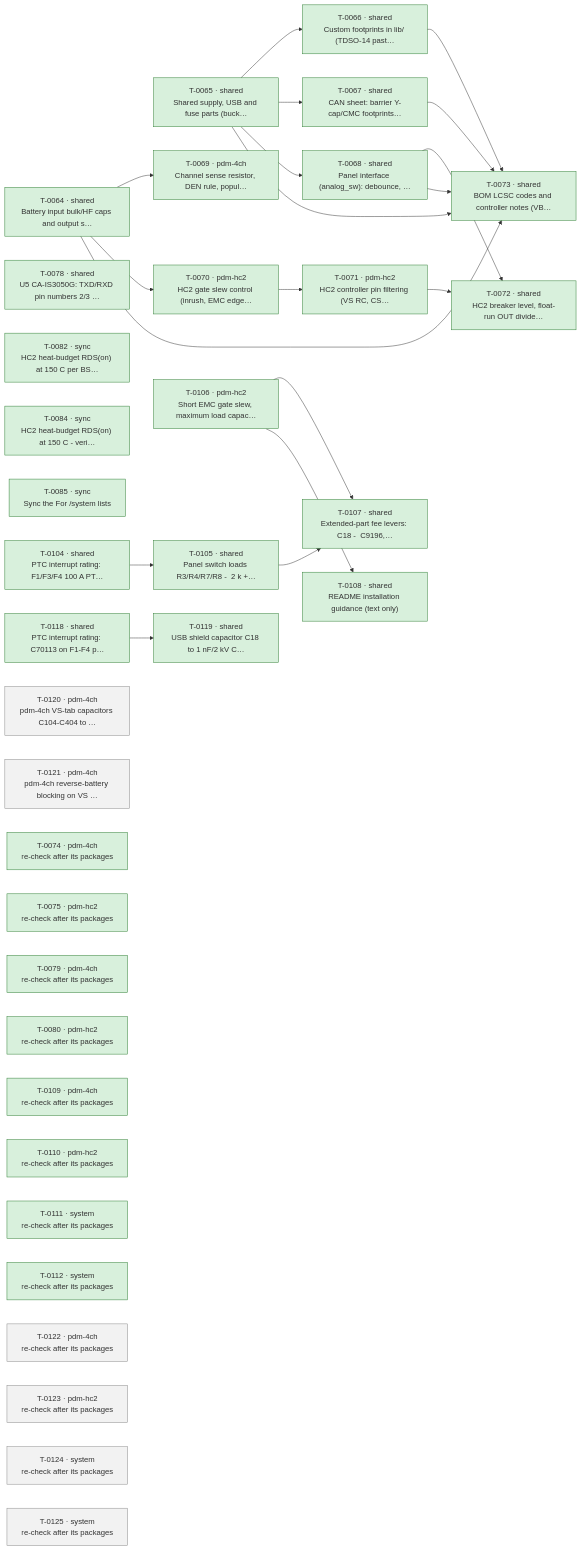
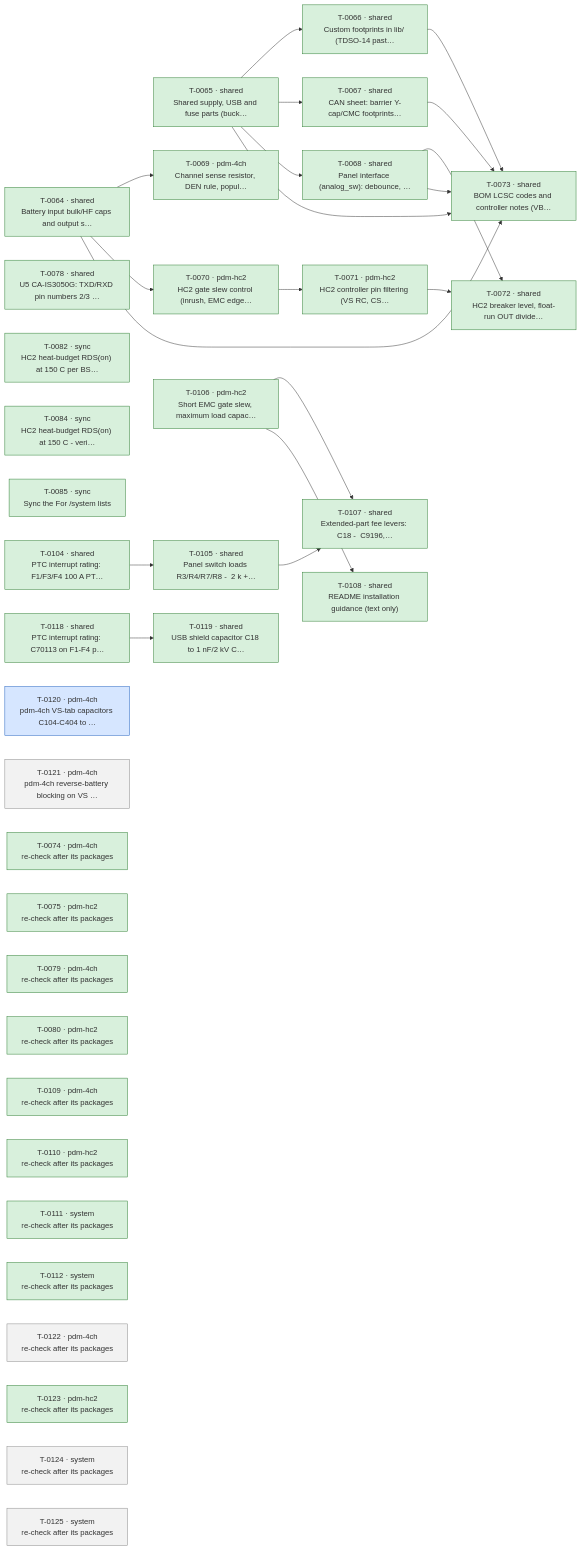
Before and after one commit to plektra/ESP32-PDM: the diagram in docs/ROADMAP.md, drawn with Mermaid. The commit also changed other lines of this file and 2 other files, not shown here.

First line of the commit message:
Auto: validator pdm-hc2 (T-0123): 0 decided by agents, 0 for the owner, 0 duplicates

````diff
--- a/docs/ROADMAP.md
+++ b/docs/ROADMAP.md
@@ -18,60 +18,60 @@
 ```mermaid
 flowchart LR
   T0064["T-0064 · shared<br/>Battery input bulk/HF caps and output s…"]:::done
   T0065["T-0065 · shared<br/>Shared supply, USB and fuse parts (buck…"]:::done
   T0066["T-0066 · shared<br/>Custom footprints in lib/ (TDSO-14 past…"]:::done
   T0067["T-0067 · shared<br/>CAN sheet: barrier Y-cap/CMC footprints…"]:::done
   T0068["T-0068 · shared<br/>Panel interface (analog_sw): debounce, …"]:::done
   T0069["T-0069 · pdm-4ch<br/>Channel sense resistor, DEN rule, popul…"]:::done
   T0070["T-0070 · pdm-hc2<br/>HC2 gate slew control (inrush, EMC edge…"]:::done
   T0071["T-0071 · pdm-hc2<br/>HC2 controller pin filtering (VS RC, CS…"]:::done
   T0072["T-0072 · shared<br/>HC2 breaker level, float-run OUT divide…"]:::done
   T0073["T-0073 · shared<br/>BOM LCSC codes and controller notes (VB…"]:::done
   T0078["T-0078 · shared<br/>U5 CA-IS3050G: TXD/RXD pin numbers 2/3 …"]:::done
   T0082["T-0082 · sync<br/>HC2 heat-budget RDS(on) at 150 C per BS…"]:::done
   T0084["T-0084 · sync<br/>HC2 heat-budget RDS(on) at 150 C - veri…"]:::done
   T0085["T-0085 · sync<br/>Sync the  For /system  lists"]:::done
   T0104["T-0104 · shared<br/>PTC interrupt rating: F1/F3/F4 100 A PT…"]:::done
   T0105["T-0105 · shared<br/>Panel switch loads R3/R4/R7/R8 -  2 k +…"]:::done
   T0106["T-0106 · pdm-hc2<br/>Short EMC gate slew, maximum load capac…"]:::done
   T0107["T-0107 · shared<br/>Extended-part fee levers: C18 -  C9196,…"]:::done
   T0108["T-0108 · shared<br/>README installation guidance (text only)"]:::done
   T0118["T-0118 · shared<br/>PTC interrupt rating: C70113 on F1-F4 p…"]:::done
   T0119["T-0119 · shared<br/>USB shield capacitor C18 to 1 nF/2 kV C…"]:::done
-  T0120["T-0120 · pdm-4ch<br/>pdm-4ch VS-tab capacitors C104-C404 to …"]:::ready
+  T0120["T-0120 · pdm-4ch<br/>pdm-4ch VS-tab capacitors C104-C404 to …"]:::running
   T0121["T-0121 · pdm-4ch<br/>pdm-4ch reverse-battery blocking on VS …"]:::ready
   T0074["T-0074 · pdm-4ch<br/>re-check after its packages"]:::done
   T0075["T-0075 · pdm-hc2<br/>re-check after its packages"]:::done
   T0079["T-0079 · pdm-4ch<br/>re-check after its packages"]:::done
   T0080["T-0080 · pdm-hc2<br/>re-check after its packages"]:::done
   T0109["T-0109 · pdm-4ch<br/>re-check after its packages"]:::done
   T0110["T-0110 · pdm-hc2<br/>re-check after its packages"]:::done
   T0111["T-0111 · system<br/>re-check after its packages"]:::done
   T0112["T-0112 · system<br/>re-check after its packages"]:::done
   T0122["T-0122 · pdm-4ch<br/>re-check after its packages"]:::ready
-  T0123["T-0123 · pdm-hc2<br/>re-check after its packages"]:::ready
+  T0123["T-0123 · pdm-hc2<br/>re-check after its packages"]:::done
   T0124["T-0124 · system<br/>re-check after its packages"]:::ready
   T0125["T-0125 · system<br/>re-check after its packages"]:::ready
   T0065 --> T0066
   T0065 --> T0067
   T0065 --> T0068
   T0064 --> T0069
   T0064 --> T0070
   T0070 --> T0071
   T0068 --> T0072
   T0071 --> T0072
   T0064 --> T0073
   T0065 --> T0073
   T0066 --> T0073
   T0067 --> T0073
   T0068 --> T0073
   T0104 --> T0105
   T0105 --> T0107
   T0106 --> T0107
   T0106 --> T0108
   T0118 --> T0119
   classDef done fill:#d8f0dc,stroke:#2e7d32
   classDef running fill:#d6e6ff,stroke:#1f5fbf
   classDef ready fill:#f2f2f2,stroke:#888
   classDef failed fill:#f9d9d9,stroke:#b3261e
 ```
````
